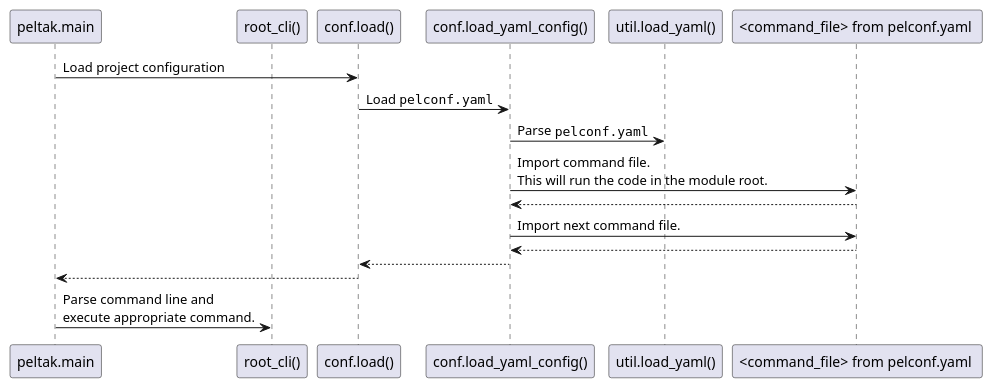
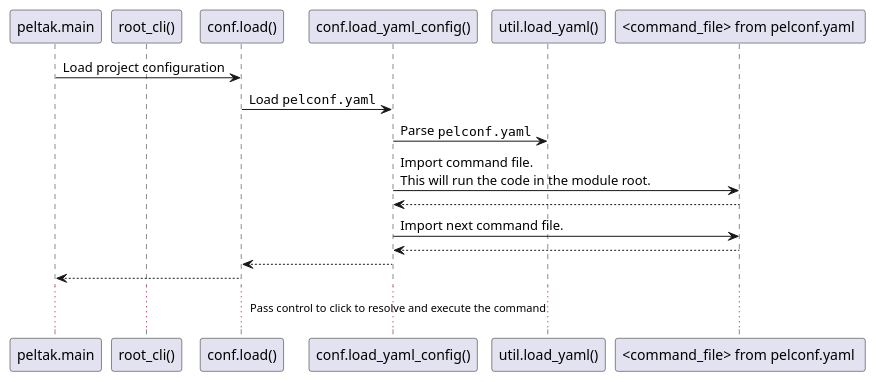
The diagram in docs/dev/flows.rst (novopl/peltak), drawn with PlantUML before and after one commit. The commit also changed other lines of this file and 11 other files, not shown here.

```diff
--- a/docs/dev/flows.rst
+++ b/docs/dev/flows.rst
@@ -12,19 +12,19 @@
 .. uml::
 
     participant "peltak.main" as main
     participant "root_cli()" as root_cli
     participant "conf.load()" as load
     participant "conf.load_yaml_config()" as load_yaml_config
     participant "util.load_yaml()" as load_yaml
     participant "<command_file> from pelconf.yaml " as command
 
     main -> load: Load project configuration
     load -> load_yaml_config: Load ""pelconf.yaml""
     load_yaml_config -> load_yaml: Parse ""pelconf.yaml""
     load_yaml_config -> command: Import command file. \nThis will run the code in the module root.
     load_yaml_config <-- command
     load_yaml_config -> command: Import next command file.
     load_yaml_config <-- command
     load <-- load_yaml_config
     main <-- load
-    main -> root_cli: Parse command line and \nexecute appropriate command.
+    ... Pass control to click to resolve and execute the command ...
```
